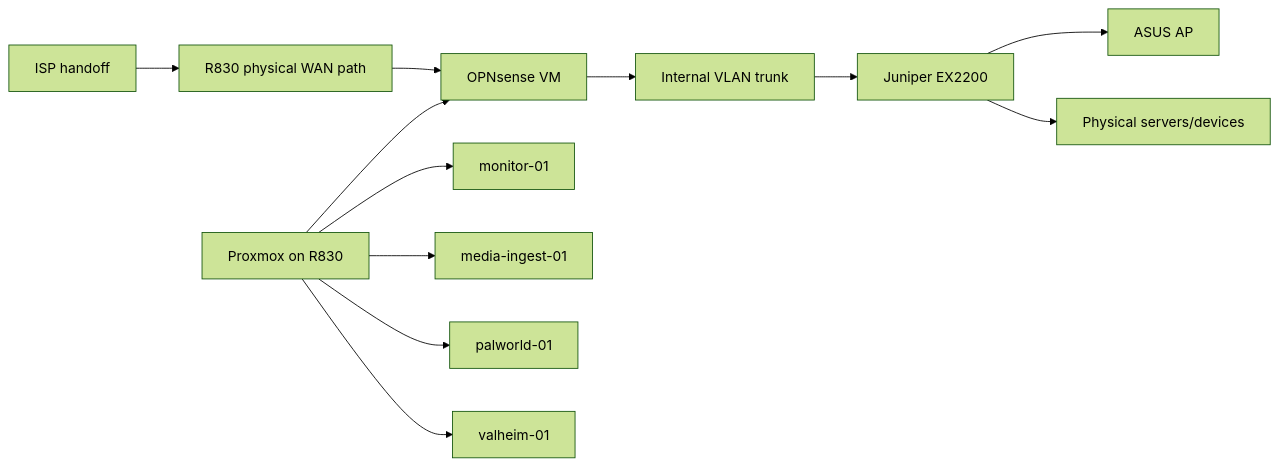
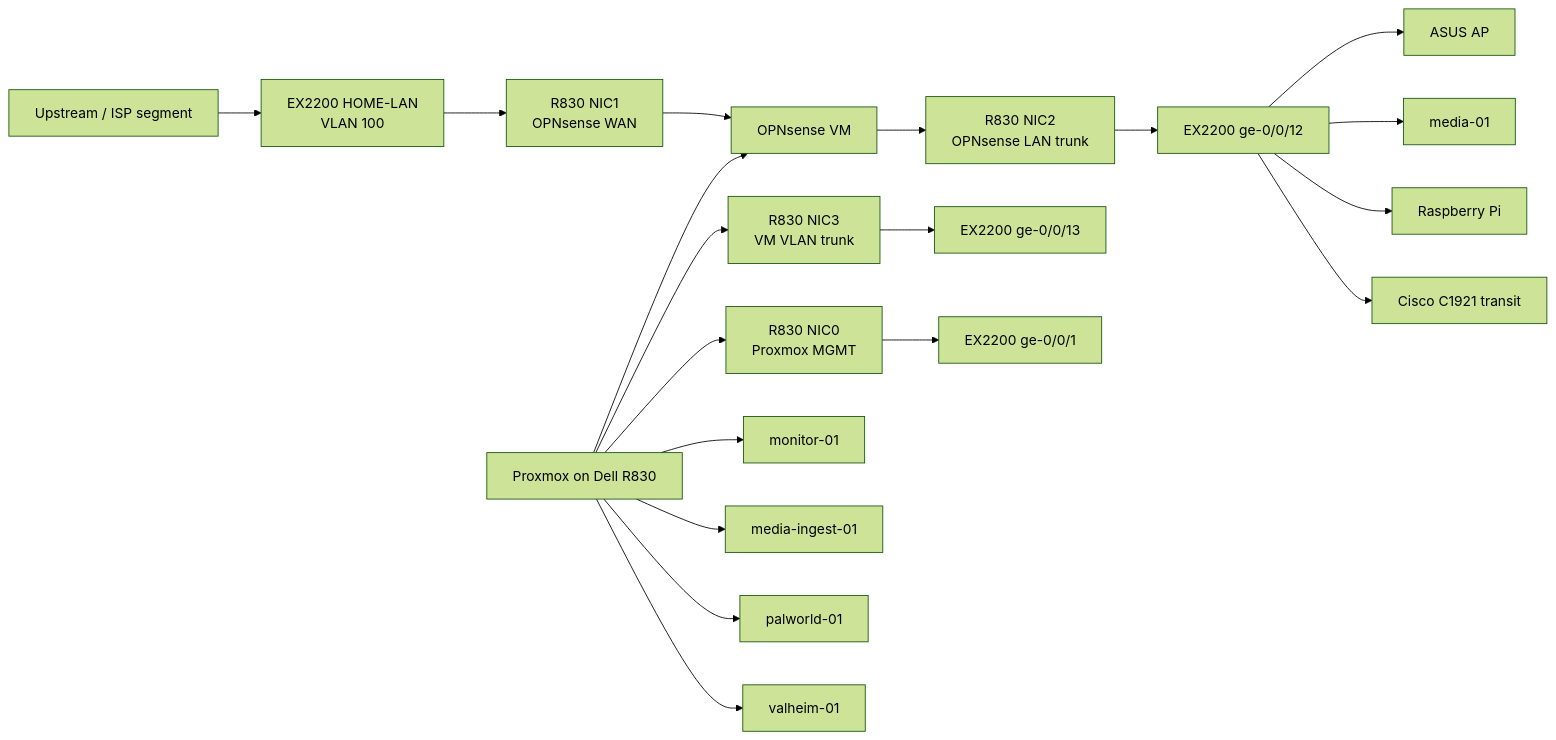
Before and after one commit to nicholasmbattista23/home-lab-infrastructure: the diagram in diagrams/physical-topology.md, drawn with Mermaid (forest theme). The commit also changed other lines of this file and 8 other files, not shown here.

````diff
--- a/diagrams/physical-topology.md
+++ b/diagrams/physical-topology.md
@@ -3,15 +3,32 @@
 ```mermaid
 flowchart LR
-    ISP["ISP handoff"] --> PVEWAN["R830 physical WAN path"]
-    PVEWAN --> FWVM["OPNsense VM"]
-    FWVM --> TRUNK["Internal VLAN trunk"]
-    TRUNK --> EX["Juniper EX2200"]
+    UPSTREAM["Upstream / ISP segment"] --> V100["EX2200 HOME-LAN
+VLAN 100"]
+    V100 --> WAN["R830 NIC1
+OPNsense WAN"]
+
+    PVE["Proxmox on Dell R830"] --> FWVM["OPNsense VM"]
+    WAN --> FWVM
+
+    FWVM --> LANTRUNK["R830 NIC2
+OPNsense LAN trunk"]
+    LANTRUNK --> EX["EX2200 ge-0/0/12"]
+
+    PVE --> VMTRUNK["R830 NIC3
+VM VLAN trunk"]
+    VMTRUNK --> EX13["EX2200 ge-0/0/13"]
+
+    PVE --> MGMTNIC["R830 NIC0
+Proxmox MGMT"]
+    MGMTNIC --> EX1["EX2200 ge-0/0/1"]
+
     EX --> AP["ASUS AP"]
-    EX --> PHYS["Physical servers/devices"]
+    EX --> MEDIA["media-01"]
+    EX --> PI["Raspberry Pi"]
+    EX --> TRANSIT["Cisco C1921 transit"]
 
-    PVE["Proxmox on R830"] --> FWVM
     PVE --> MON["monitor-01"]
     PVE --> INGEST["media-ingest-01"]
     PVE --> GAME1["palworld-01"]
     PVE --> GAME2["valheim-01"]
 ```
````
